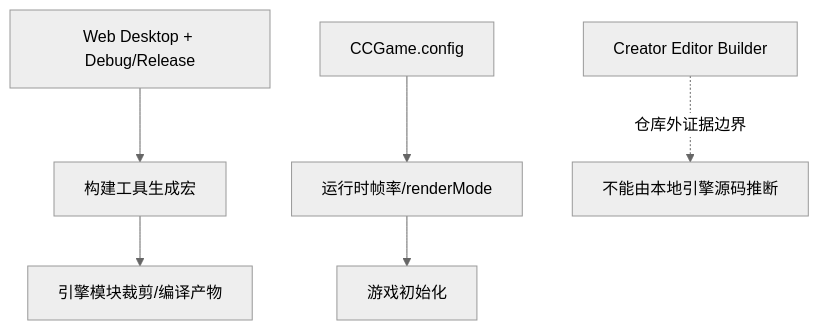
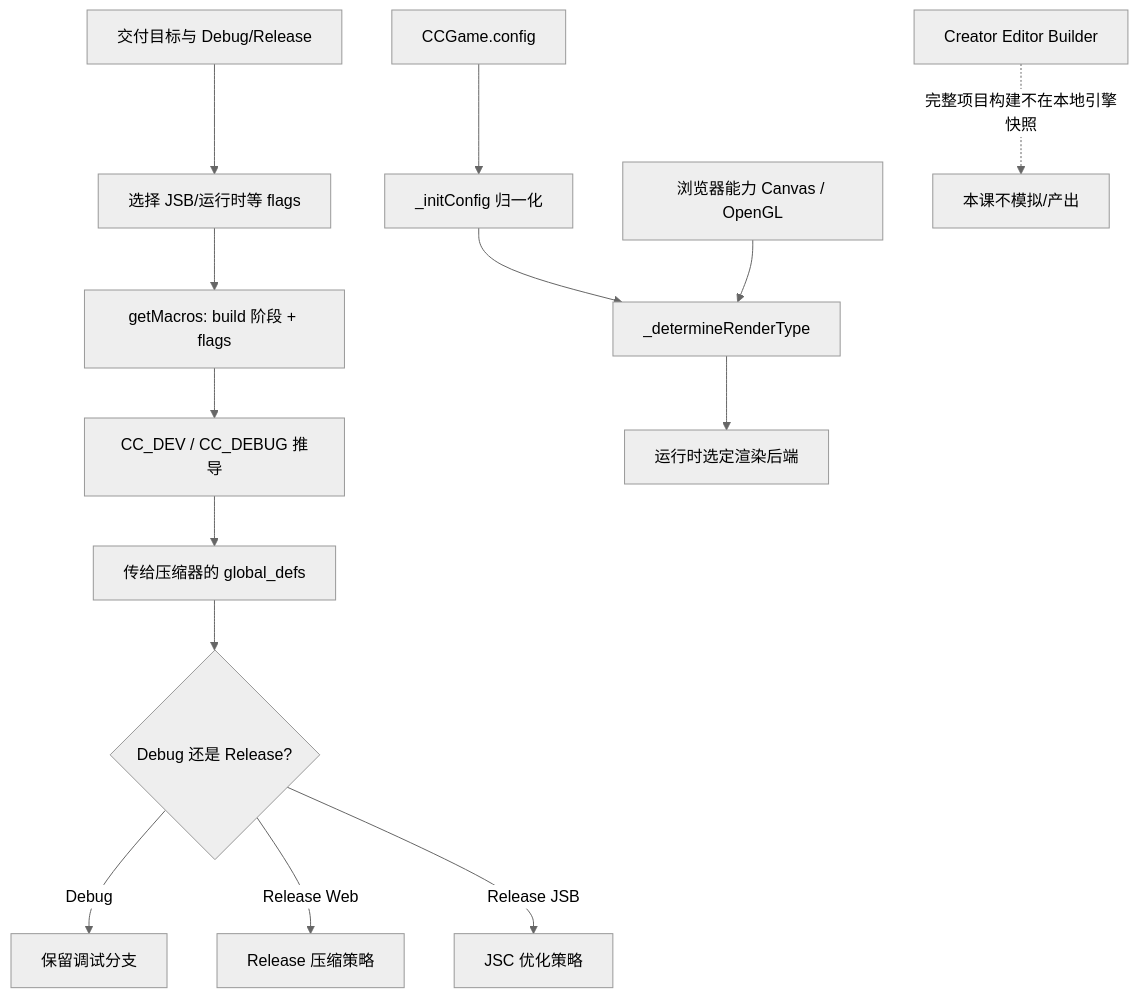
Before and after one commit to baiyangzuoshu/CocosAgent: the diagram in learn_2.4cocoscreator/s50_build_target_entry/README.md, drawn with Mermaid (neutral theme). The commit also changed other lines of this file and 92 other files, not shown here.

````diff
--- a/learn_2.4cocoscreator/s50_build_target_entry/README.md
+++ b/learn_2.4cocoscreator/s50_build_target_entry/README.md
@@ -37,8 +39,16 @@
 ```mermaid
 flowchart TD
- A[Web Desktop + Debug/Release] --> B[构建工具生成宏]
- B --> C[引擎模块裁剪/编译产物]
- D[CCGame.config] --> E[运行时帧率/renderMode]
- E --> F[游戏初始化]
- G[Creator Editor Builder] -.仓库外证据边界.-> H[不能由本地引擎源码推断]
+ A[交付目标与 Debug/Release] --> B[选择 JSB/运行时等 flags]
+ B --> C[getMacros: build 阶段 + flags]
+ C --> D[CC_DEV / CC_DEBUG 推导]
+ D --> E[传给压缩器的 global_defs]
+ E --> F{Debug 还是 Release?}
+ F -->|Debug| G[保留调试分支]
+ F -->|Release Web| H[Release 压缩策略]
+ F -->|Release JSB| I[JSC 优化策略]
+ J[CCGame.config] --> K[_initConfig 归一化]
+ K --> L[_determineRenderType]
+ M[浏览器能力 Canvas / OpenGL] --> L
+ L --> N[运行时选定渲染后端]
+ O[Creator Editor Builder] -.完整项目构建不在本地引擎快照.-> P[本课不模拟/产出]
 ```
````
